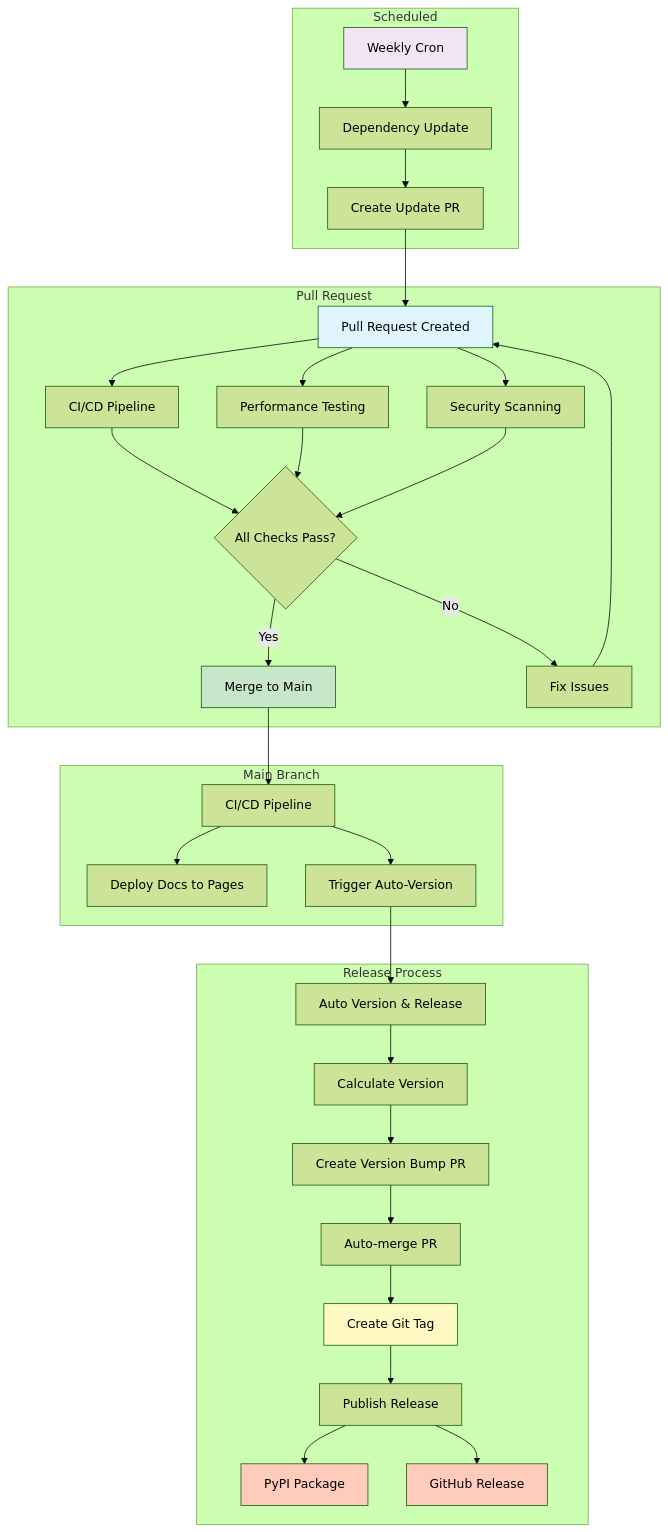
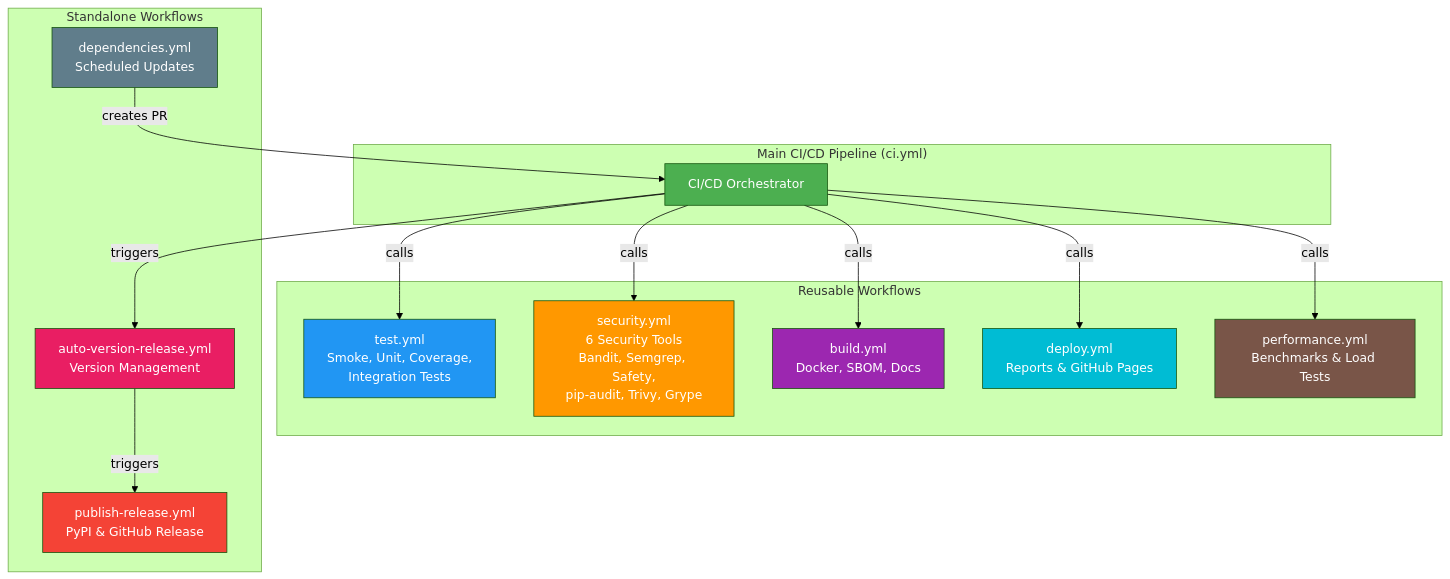
The third of 4 diagrams in docs/WORKFLOW_DIAGRAM.md (jim-wyatt/msn-weather-wrapper), drawn with Mermaid (forest theme) before and after one commit. The commit also changed other lines of this file and 17 other files, not shown here.

First line of the commit message:
feat: Refactor CI/CD workflows into modular architecture (v1.8.0) (#83)

````diff
--- a/docs/WORKFLOW_DIAGRAM.md
+++ b/docs/WORKFLOW_DIAGRAM.md
@@ -215,45 +79,39 @@
 ```mermaid
 graph TB
-    subgraph "Pull Request"
-        PR[Pull Request Created]
-        PR --> CI_PR[CI/CD Pipeline]
-        PR --> PERF[Performance Testing]
-        PR --> SEC[Security Scanning]
-        CI_PR --> APPROVE{All Checks Pass?}
-        PERF --> APPROVE
-        SEC --> APPROVE
-        APPROVE -->|Yes| MERGE[Merge to Main]
-        APPROVE -->|No| FIX[Fix Issues]
-        FIX --> PR
+    subgraph "Main CI/CD Pipeline (ci.yml)"
+        CI[CI/CD Orchestrator]
     end
 
-    subgraph "Main Branch"
-        MERGE --> CI_MAIN[CI/CD Pipeline]
-        CI_MAIN --> DEPLOY[Deploy Docs to Pages]
-        CI_MAIN --> TRIGGER[Trigger Auto-Version]
+    subgraph "Reusable Workflows"
+        TEST[test.yml<br/>Smoke, Unit, Coverage,<br/>Integration Tests]
+        SEC[security.yml<br/>6 Security Tools<br/>Bandit, Semgrep, Safety,<br/>pip-audit, Trivy, Grype]
+        BUILD[build.yml<br/>Docker, SBOM, Docs]
+        DEPLOY[deploy.yml<br/>Reports & GitHub Pages]
+        PERF[performance.yml<br/>Benchmarks & Load Tests]
     end
 
-    subgraph "Release Process"
-        TRIGGER --> AUTO[Auto Version & Release]
-        AUTO --> VERSION[Calculate Version]
-        VERSION --> BUMP_PR[Create Version Bump PR]
-        BUMP_PR --> AUTO_MERGE[Auto-merge PR]
-        AUTO_MERGE --> TAG[Create Git Tag]
-        TAG --> PUBLISH[Publish Release]
-        PUBLISH --> PYPI[PyPI Package]
-        PUBLISH --> GH_RELEASE[GitHub Release]
+    subgraph "Standalone Workflows"
+        DEP[dependencies.yml<br/>Scheduled Updates]
+        AUTO[auto-version-release.yml<br/>Version Management]
+        PUB[publish-release.yml<br/>PyPI & GitHub Release]
     end
 
-    subgraph "Scheduled"
-        CRON[Weekly Cron] --> DEP_UPDATE[Dependency Update]
-        DEP_UPDATE --> DEP_PR[Create Update PR]
-        DEP_PR --> PR
-    end
+    CI -->|calls| TEST
+    CI -->|calls| SEC
+    CI -->|calls| BUILD
+    CI -->|calls| DEPLOY
+    CI -->|calls| PERF
+    CI -->|triggers| AUTO
+    AUTO -->|triggers| PUB
+    DEP -->|creates PR| CI
 
-    style PR fill:#e1f5ff
-    style MERGE fill:#c8e6c9
-    style TAG fill:#fff9c4
-    style PYPI fill:#ffccbc
-    style GH_RELEASE fill:#ffccbc
-    style CRON fill:#f3e5f5
+    style CI fill:#4CAF50,color:#fff
+    style TEST fill:#2196F3,color:#fff
+    style SEC fill:#FF9800,color:#fff
+    style BUILD fill:#9C27B0,color:#fff
+    style DEPLOY fill:#00BCD4,color:#fff
+    style PERF fill:#795548,color:#fff
+    style DEP fill:#607D8B,color:#fff
+    style AUTO fill:#E91E63,color:#fff
+    style PUB fill:#F44336,color:#fff
 ```
````
